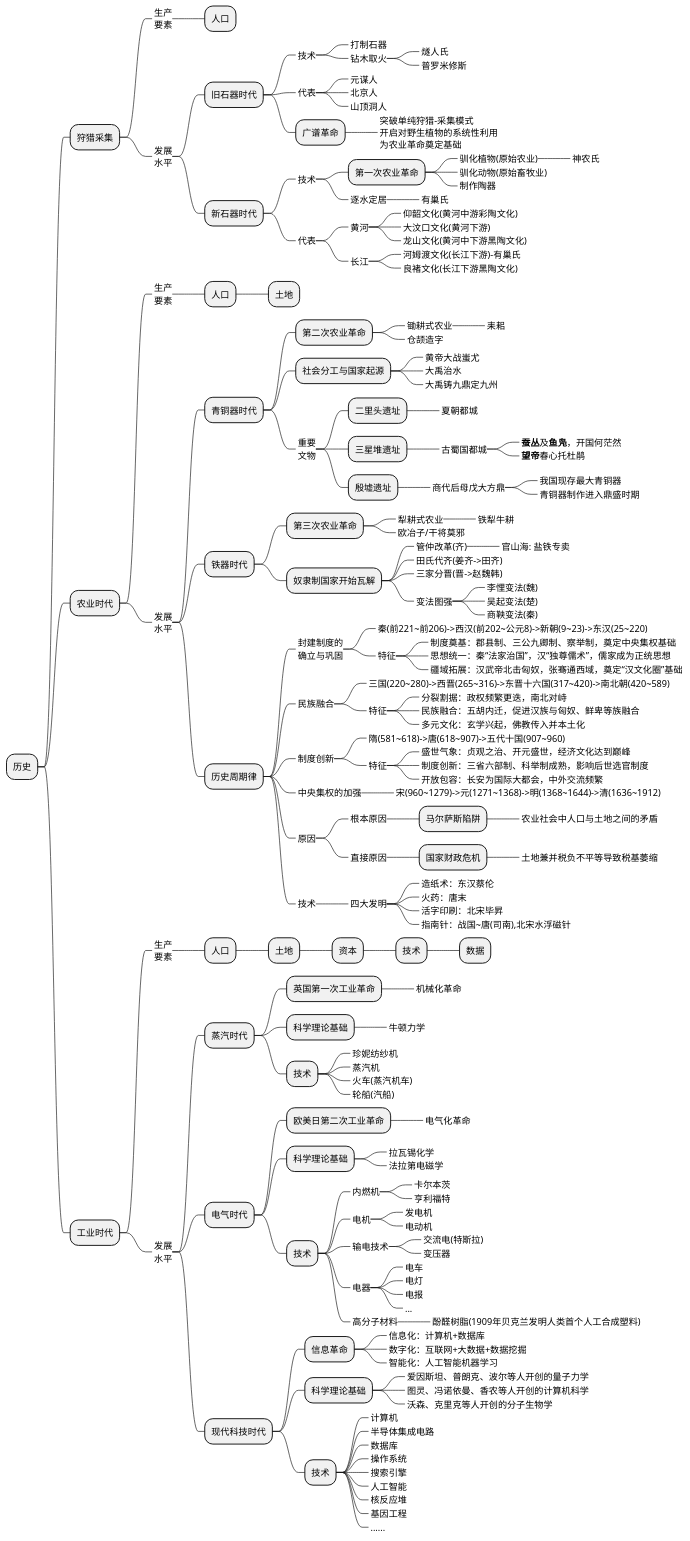
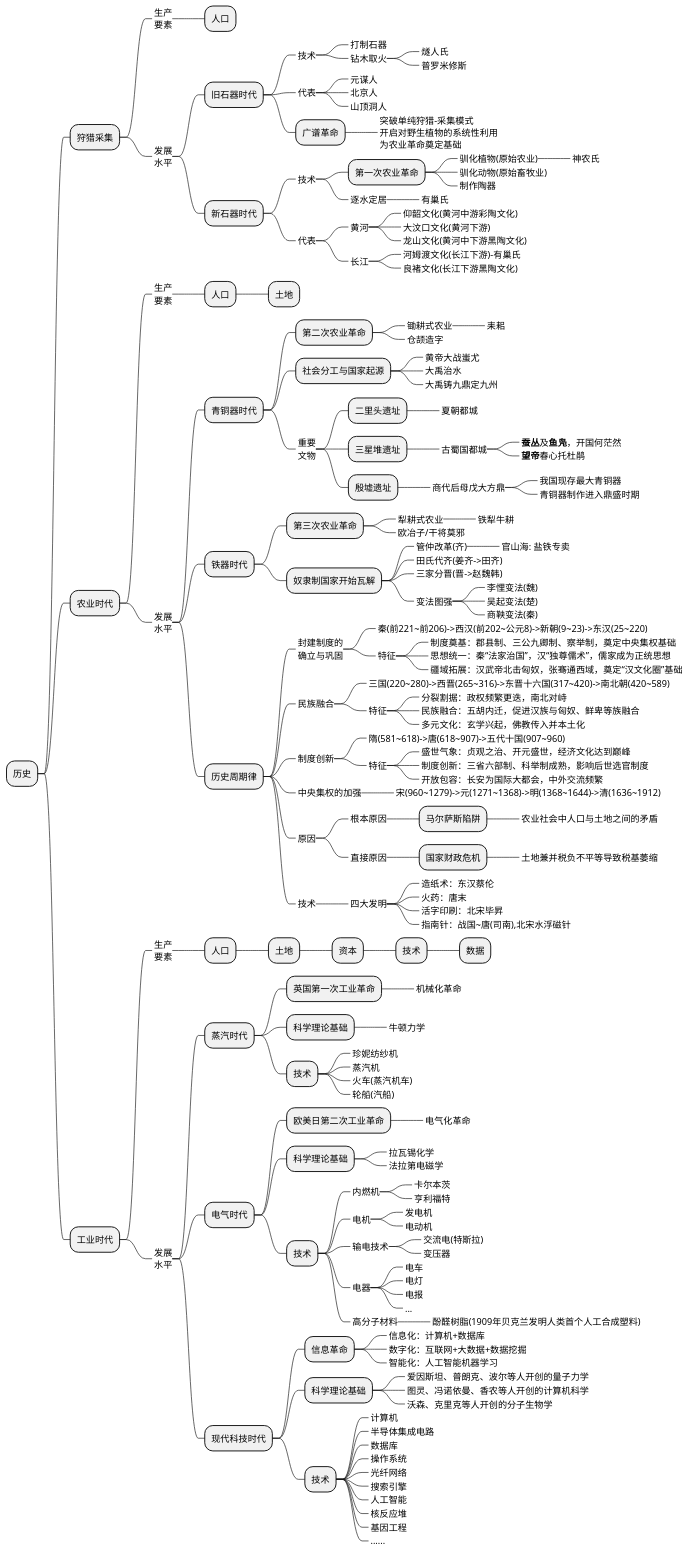
Before and after one commit to holmofy/blog.hufeifei.cn: the first of 2 diagrams in source/_posts/economic/economic_and_history.md, drawn with PlantUML.

```diff
--- a/source/_posts/economic/economic_and_history.md
+++ b/source/_posts/economic/economic_and_history.md
@@ -181,6 +181,7 @@
 ++++++_ 半导体集成电路
 ++++++_ 数据库
 ++++++_ 操作系统
+++++++_ 光纤网络
 ++++++_ 搜索引擎
 ++++++_ 人工智能
 ++++++_ 核反应堆
```
